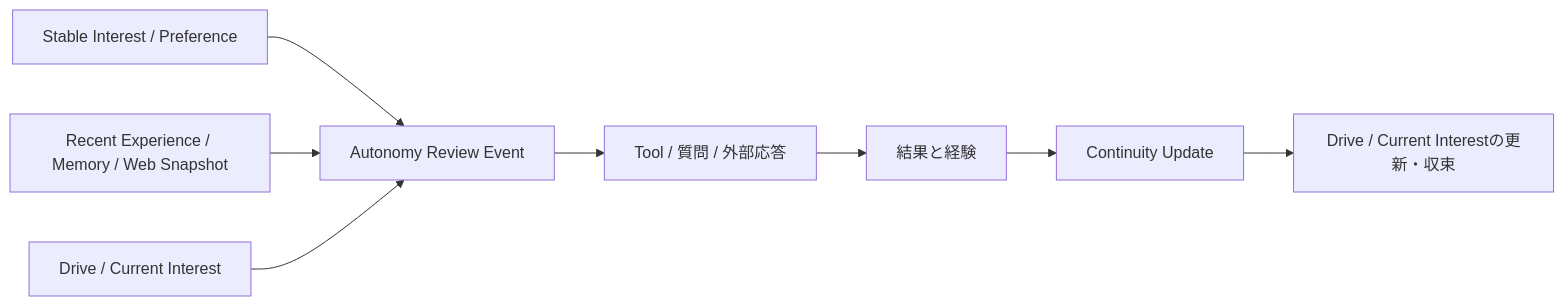
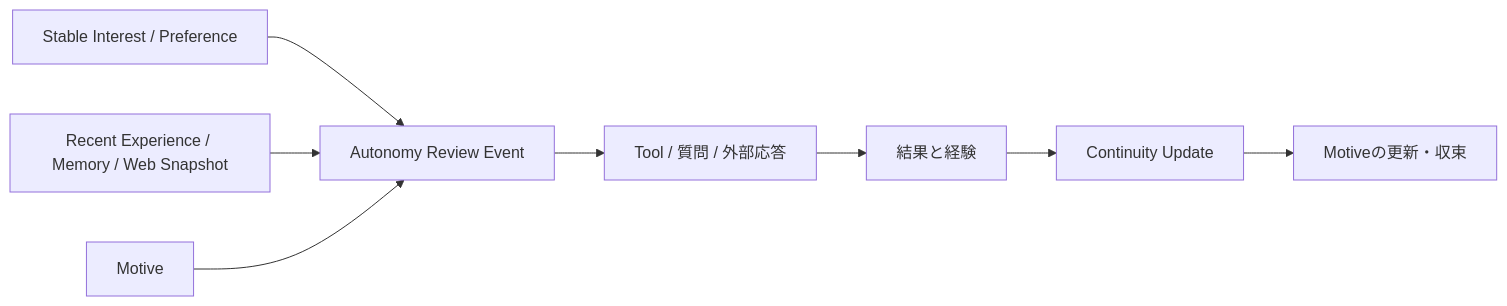
One commit to if001/social_agent changed the second of 4 diagrams in docs/ARCHITECTURE.md. Above: the diagram before and after it, drawn with Mermaid. The commit also changed other lines of this file and 47 other files, not shown here.

````diff
--- a/docs/ARCHITECTURE.md
+++ b/docs/ARCHITECTURE.md
@@ -238,10 +238,10 @@
 ```mermaid
 flowchart LR
     S["Stable Interest / Preference"] --> O["Autonomy Review Event"]
     H["Recent Experience / Memory / Web Snapshot"] --> O
-    D["Drive / Current Interest"] --> O
+    D["Motive"] --> O
     O --> A["Tool / 質問 / 外部応答"]
     A --> E["結果と経験"]
     E --> P["Continuity Update"]
-    P --> C["Drive / Current Interestの更新・収束"]
+    P --> C["Motiveの更新・収束"]
 ```
````
